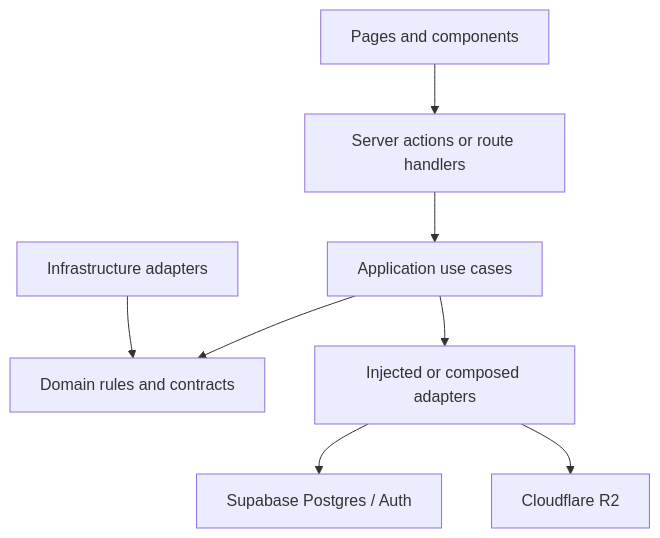
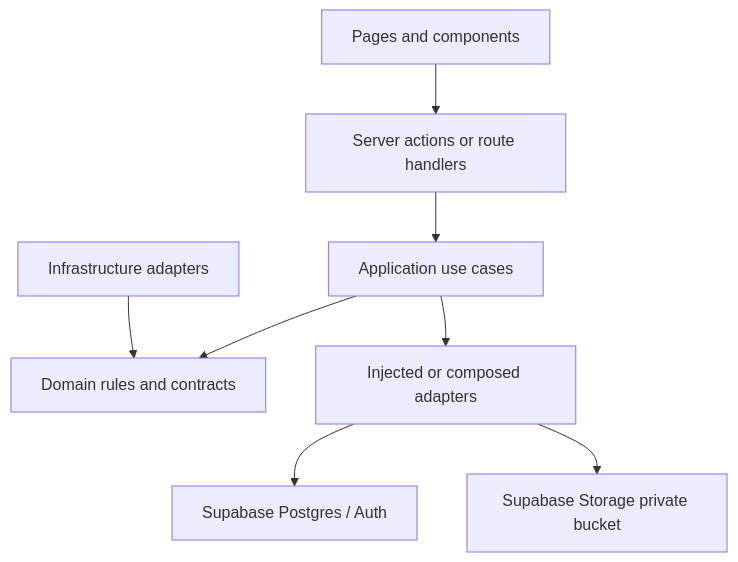
One commit to DINO1527/lakh-ki-chudhiya changed the diagram in docs/ARCHITECTURE.md. Above: the diagram before and after it, drawn with Mermaid. The commit also changed other lines of this file and 46 other files, not shown here.

Commit message:
feat: add catalogue and Supabase Storage foundation

````diff
--- a/docs/ARCHITECTURE.md
+++ b/docs/ARCHITECTURE.md
@@ -8,10 +8,10 @@
 ```mermaid
 flowchart TD
   UI[Pages and components] --> A[Server actions or route handlers]
   A --> S[Application use cases]
   S --> D[Domain rules and contracts]
   I[Infrastructure adapters] --> D
   S --> P[Injected or composed adapters]
   P --> DB[Supabase Postgres / Auth]
-  P --> R2[Cloudflare R2]
+  P --> ST[Supabase Storage private bucket]
 ```
````
